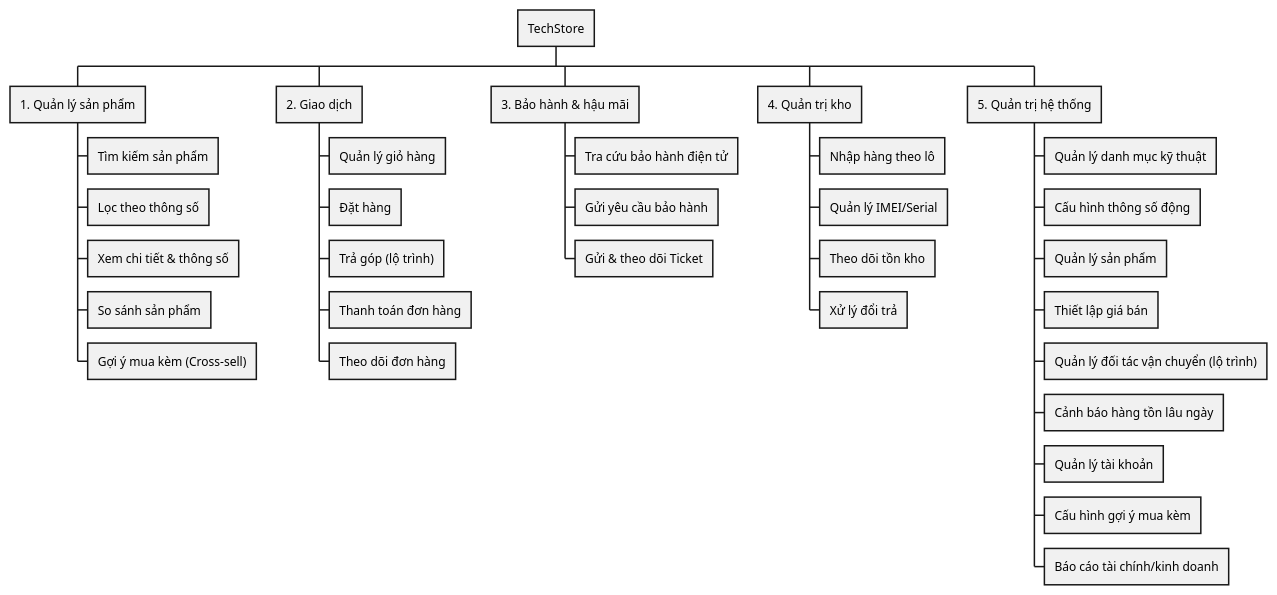
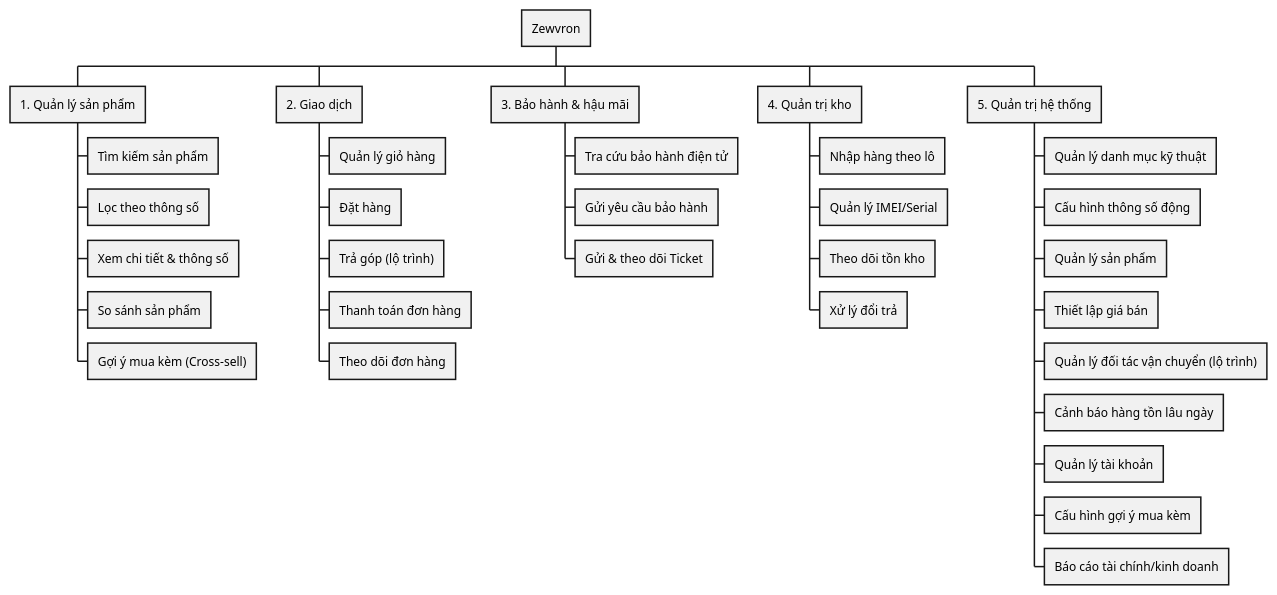
The first of 11 diagrams in docs/file/SoDo_PlantUML.md (trantungzm/techstore-), drawn with PlantUML before and after one commit. The commit also changed other lines of this file and 1394 other files, not shown here.

Commit message:
refactor: đổi tên BaseCore.* sang Zewvron.*, TechStore sang Zewvron (chuỗi hiển thị)

````diff
--- a/docs/file/SoDo_PlantUML.md
+++ b/docs/file/SoDo_PlantUML.md
@@ -16,36 +16,36 @@
 ```plantuml
 @startwbs
-* TechStore
+* Zewvron
 ** 1. Quản lý sản phẩm
 *** Tìm kiếm sản phẩm
 *** Lọc theo thông số
 *** Xem chi tiết & thông số
 *** So sánh sản phẩm
 *** Gợi ý mua kèm (Cross-sell)
 ** 2. Giao dịch
 *** Quản lý giỏ hàng
 *** Đặt hàng
 *** Trả góp (lộ trình)
 *** Thanh toán đơn hàng
 *** Theo dõi đơn hàng
 ** 3. Bảo hành & hậu mãi
 *** Tra cứu bảo hành điện tử
 *** Gửi yêu cầu bảo hành
 *** Gửi & theo dõi Ticket
 ** 4. Quản trị kho
 *** Nhập hàng theo lô
 *** Quản lý IMEI/Serial
 *** Theo dõi tồn kho
 *** Xử lý đổi trả
 ** 5. Quản trị hệ thống
 *** Quản lý danh mục kỹ thuật
 *** Cấu hình thông số động
 *** Quản lý sản phẩm
 *** Thiết lập giá bán
 *** Quản lý đối tác vận chuyển (lộ trình)
 *** Cảnh báo hàng tồn lâu ngày
 *** Quản lý tài khoản
 *** Cấu hình gợi ý mua kèm
 *** Báo cáo tài chính/kinh doanh
 @endwbs
 ```
````
